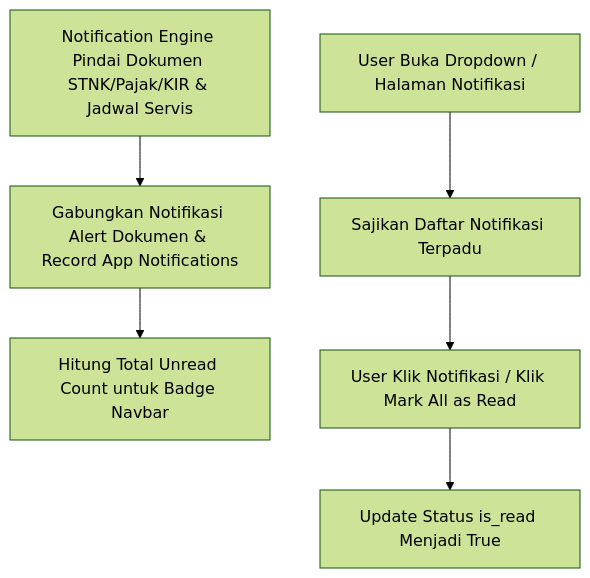
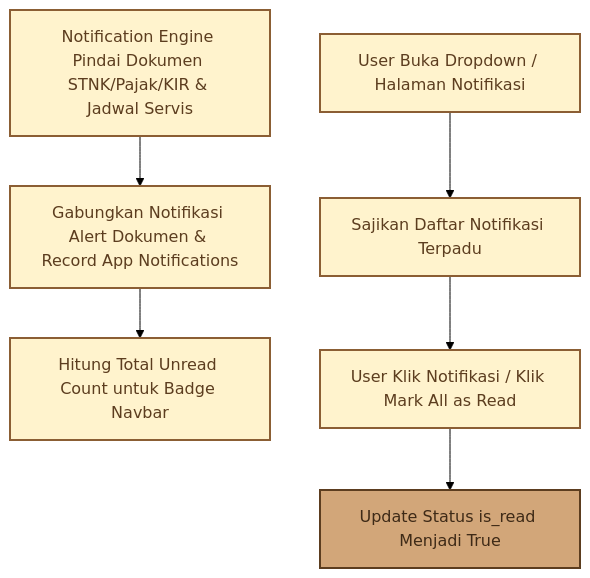
Before and after one commit to nazwasalsabila181718-droid/manajemen_perawatan: diagram 13 of 13 in docs/DOKUMENTASI_MODULE_SISTEM.md, drawn with Mermaid (forest theme). The commit also changed other lines of this file, not shown here.

Commit message:
style: tambahkan tema warna kuning-coklat pada diagram mermaid

````diff
--- a/docs/DOKUMENTASI_MODULE_SISTEM.md
+++ b/docs/DOKUMENTASI_MODULE_SISTEM.md
@@ -275,8 +347,14 @@
 ```mermaid
 flowchart TD
+    classDef default fill:#FFF3CD,stroke:#8B5E34,stroke-width:2px,color:#5C3D1F;
+    classDef highlight fill:#D2A679,stroke:#5C3D1F,stroke-width:2px,color:#3E2A17;
+
     A[Notification Engine Pindai Dokumen STNK/Pajak/KIR & Jadwal Servis] --> B[Gabungkan Notifikasi Alert Dokumen & Record App Notifications]
     B --> C[Hitung Total Unread Count untuk Badge Navbar]
     D[User Buka Dropdown / Halaman Notifikasi] --> E[Sajikan Daftar Notifikasi Terpadu]
     E --> F[User Klik Notifikasi / Klik Mark All as Read]
     F --> G[Update Status is_read Menjadi True]
+
+    class A,B,C,D,E,F default;
+    class G highlight;
 ```
````
